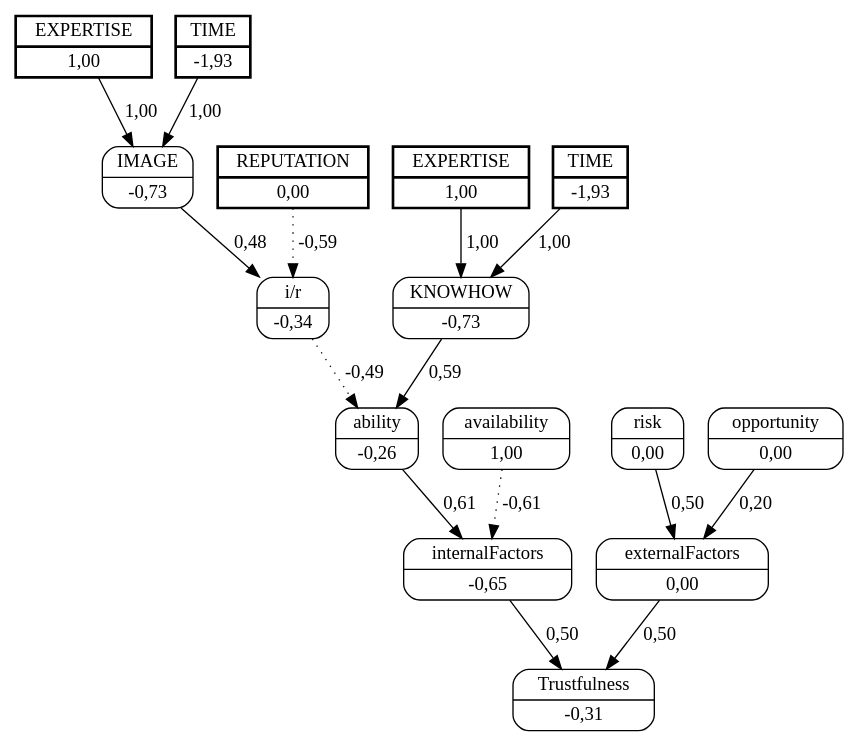
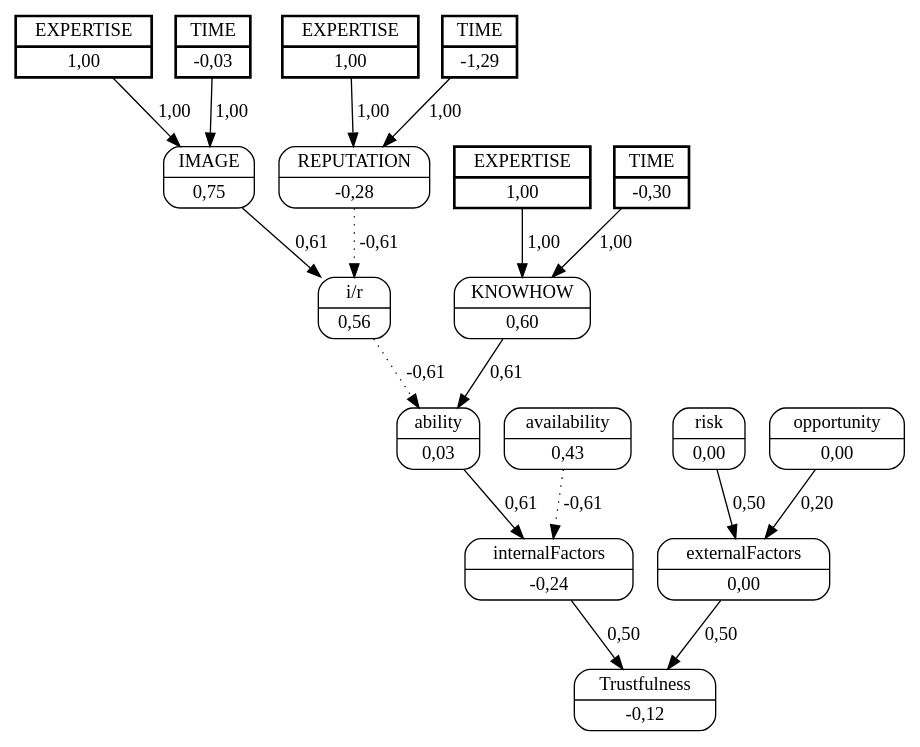
Before and after one commit to jjbaqueta/unload_experiment: the diagram in unload_boxes/dots/worker_1helper_4.dot, drawn with Graphviz. The commit also changed 92 other files, not shown here.

```diff
--- a/unload_boxes/dots/worker_1helper_4.dot
+++ b/unload_boxes/dots/worker_1helper_4.dot
@@ -1,34 +1,38 @@
 digraph FCM_net{
 	node [shape=record, style=rounded]
 	11 [label="{EXPERTISE | 1,00}", style=bold, penwidth=2, peripheries=2];
-	12 [label="{TIME | -1,93}", style=bold, penwidth=2, peripheries=2];
-	1 [label="{REPUTATION | 0,00}", style=bold, penwidth=2, peripheries=2];
+	12 [label="{TIME | -0,03}", style=bold, penwidth=2, peripheries=2];
 	13 [label="{EXPERTISE | 1,00}", style=bold, penwidth=2, peripheries=2];
-	14 [label="{TIME | -1,93}", style=bold, penwidth=2, peripheries=2];
-	0 [label="{IMAGE | -0,73}"];
-	1 [label="{REPUTATION | 0,00}"];
-	2 [label="{KNOWHOW | -0,73}"];
-	3 [label="{i/r | -0,34}"];
-	4 [label="{ability | -0,26}"];
-	5 [label="{availability | 1,00}"];
-	6 [label="{internalFactors | -0,65}"];
+	14 [label="{TIME | -1,29}", style=bold, penwidth=2, peripheries=2];
+	15 [label="{EXPERTISE | 1,00}", style=bold, penwidth=2, peripheries=2];
+	16 [label="{TIME | -0,30}", style=bold, penwidth=2, peripheries=2];
+	0 [label="{IMAGE | 0,75}"];
+	1 [label="{REPUTATION | -0,28}"];
+	2 [label="{KNOWHOW | 0,60}"];
+	3 [label="{i/r | 0,56}"];
+	4 [label="{ability | 0,03}"];
+	5 [label="{availability | 0,43}"];
+	6 [label="{internalFactors | -0,24}"];
 	7 [label="{risk | 0,00}"];
 	8 [label="{opportunity | 0,00}"];
 	9 [label="{externalFactors | 0,00}"];
-	10 [label="{Trustfulness | -0,31}"];
+	10 [label="{Trustfulness | -0,12}"];
 	11 [label="{EXPERTISE | 1,00}"];
-	0 -> 3 [label = "0,48"];
-	1 -> 3 [label = "-0,59", style=dotted];
-	3 -> 4 [label = "-0,49", style=dotted];
-	2 -> 4 [label = "0,59"];
+	13 [label="{EXPERTISE | 1,00}"];
+	0 -> 3 [label = "0,61"];
+	1 -> 3 [label = "-0,61", style=dotted];
+	3 -> 4 [label = "-0,61", style=dotted];
+	2 -> 4 [label = "0,61"];
 	4 -> 6 [label = "0,61"];
 	5 -> 6 [label = "-0,61", style=dotted];
 	6 -> 10 [label = "0,50"];
 	7 -> 9 [label = "0,50"];
 	8 -> 9 [label = "0,20"];
 	9 -> 10 [label = "0,50"];
 	11 -> 0 [label = "1,00"];
 	12 -> 0 [label = "1,00"];
-	13 -> 2 [label = "1,00"];
-	14 -> 2 [label = "1,00"];
+	13 -> 1 [label = "1,00"];
+	14 -> 1 [label = "1,00"];
+	15 -> 2 [label = "1,00"];
+	16 -> 2 [label = "1,00"];
 }
```
